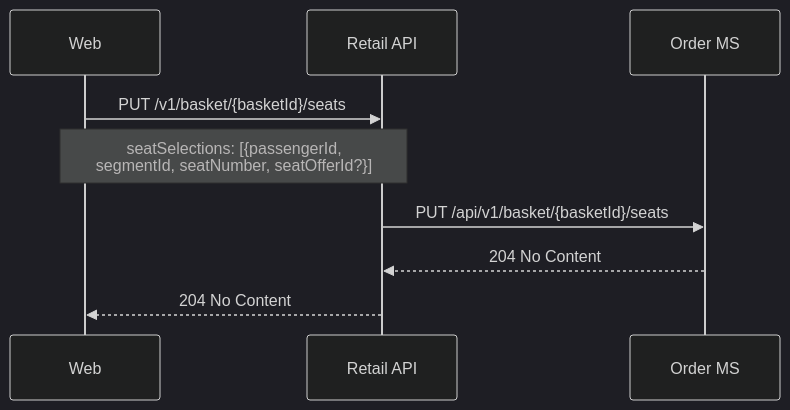
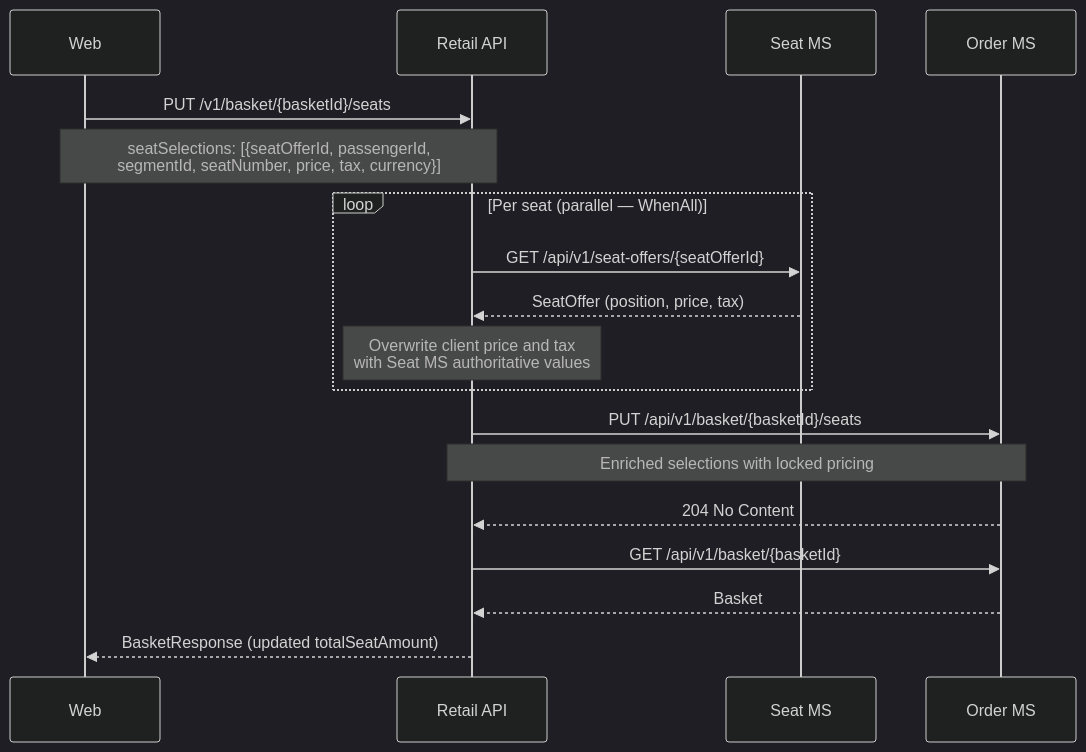
Before and after one commit to sebharvey/airline-reservation-system: the third of 8 diagrams in documentation/sequences/order.md, drawn with Mermaid (dark theme). The commit also changed other lines of this file and 1 other file, not shown here.

Commit message:
Update seatmap, bag offers, seat and bag basket sequences to match implementation
Seatmap retrieval (ancillary.md):
- Replace single Seat MS call with 4 parallel calls (par block) — layout
  and seat-offers from Seat MS, inventory holds and flight details from
  Offer MS — reflecting actual WhenAll execution in SeatmapFunction.cs
- Show Retail API merge step: layout+pricing+holds into unified response
  with availability (available/held/sold) and generated SeatOfferId

Bag offers retrieval (ancillary.md):
- Add required inventoryId and cabinCode query params
- Correct response shape (policy + additionalBagOffers[])

Seat basket update (order.md):
- Add Seat MS enrichment loop (GET /api/v1/seat-offers/{seatOfferId})
  running in parallel per seat before storing to Order MS
- Fix response from 204 to BasketResponse with updated totalSeatAmount

Bag basket update (order.md):
- Add GET basket call after update to return updated totals
- Fix response from 204 to BasketResponse with updated totalBagAmount

https://claude.ai/code/session_01M6Lc1o75bmnmzu3z2JbxjC

````diff
--- a/documentation/sequences/order.md
+++ b/documentation/sequences/order.md
@@ -52,12 +54,25 @@
 ```mermaid
 sequenceDiagram
     participant Web
     participant RetailAPI as Retail API
+    participant SeatMS as Seat MS
     participant OrderMS as Order MS
 
     Web->>RetailAPI: PUT /v1/basket/{basketId}/seats
-    Note over Web,RetailAPI: seatSelections: [{passengerId,<br/>segmentId, seatNumber, seatOfferId?}]
+    Note over Web,RetailAPI: seatSelections: [{seatOfferId, passengerId,<br/>segmentId, seatNumber, price, tax, currency}]
+
+    loop Per seat (parallel — WhenAll)
+        RetailAPI->>SeatMS: GET /api/v1/seat-offers/{seatOfferId}
+        SeatMS-->>RetailAPI: SeatOffer (position, price, tax)
+        Note over RetailAPI: Overwrite client price and tax<br/>with Seat MS authoritative values
+    end
+
     RetailAPI->>OrderMS: PUT /api/v1/basket/{basketId}/seats
+    Note over RetailAPI,OrderMS: Enriched selections with locked pricing
     OrderMS-->>RetailAPI: 204 No Content
-    RetailAPI-->>Web: 204 No Content
+
+    RetailAPI->>OrderMS: GET /api/v1/basket/{basketId}
+    OrderMS-->>RetailAPI: Basket
+
+    RetailAPI-->>Web: BasketResponse (updated totalSeatAmount)
 ```
````
